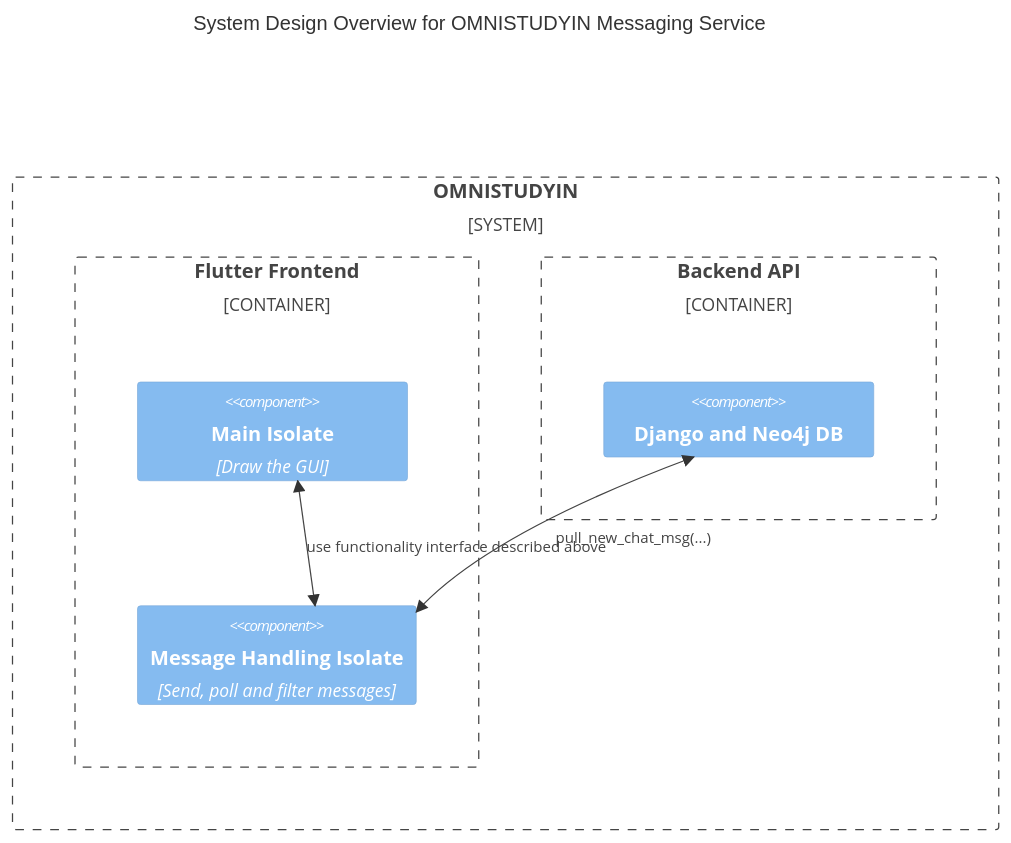
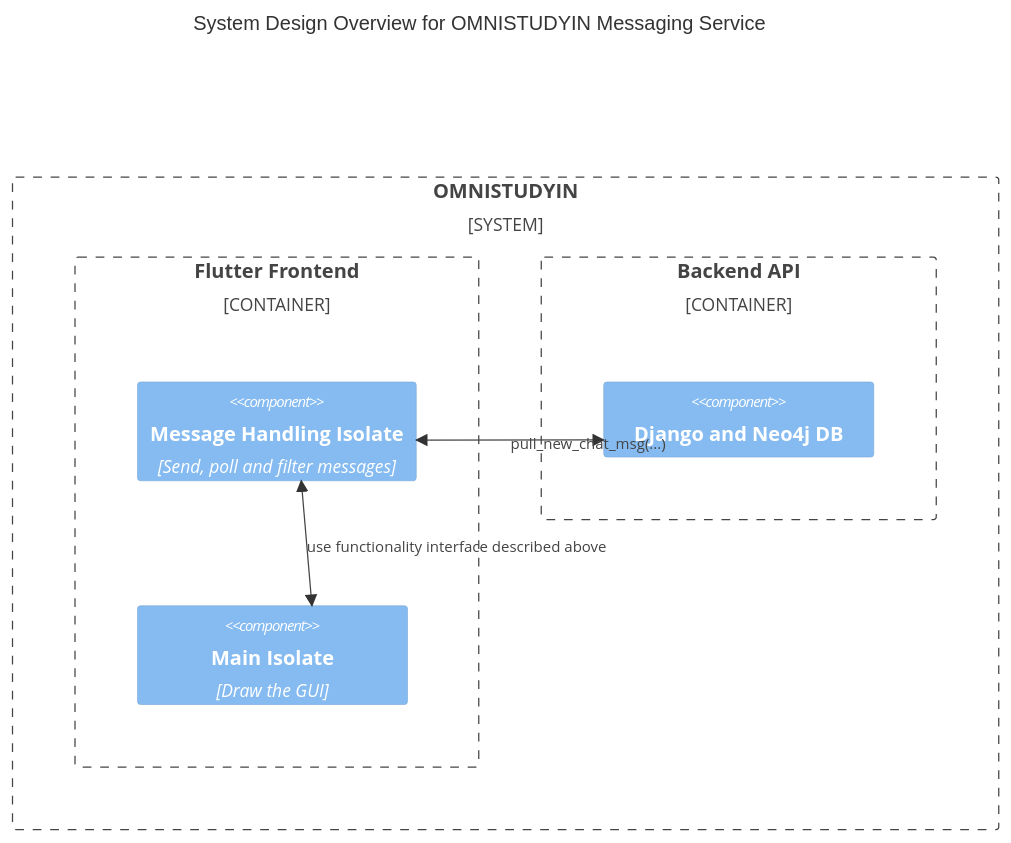
The fourth of 4 diagrams in README.md (sk1ldpadde/OMNISTUDYIN), drawn with Mermaid before and after one commit. The commit also changed other lines of this file, not shown here.

````diff
--- a/README.md
+++ b/README.md
@@ -291,23 +291,23 @@
 ```mermaid
 C4Context
     title System Design Overview for OMNISTUDYIN Messaging Service
 
 System_Boundary(c1, "OMNISTUDYIN") {
     Container_Boundary(flutter, "Flutter Frontend"){
 
+    Component(messageIsolate,"Message Handling Isolate", "Send, poll and filter messages")
     Component(mainIsolate,"Main Isolate", "Draw the GUI")
-    Component(messageIsolate,"Message Handling Isolate", "Send, poll and filter messages")
 
     }
 
     Container_Boundary(backend,"Backend API"){
 
     Component(backendContent, "Django and Neo4j DB")
 
     }
 
     BiRel(mainIsolate, messageIsolate, "use functionality interface described above")
     BiRel(messageIsolate, backendContent, "send_chat_msg(...)")
     BiRel(messageIsolate, backendContent, "pull_new_chat_msg(...)")
 }
 ```
````
